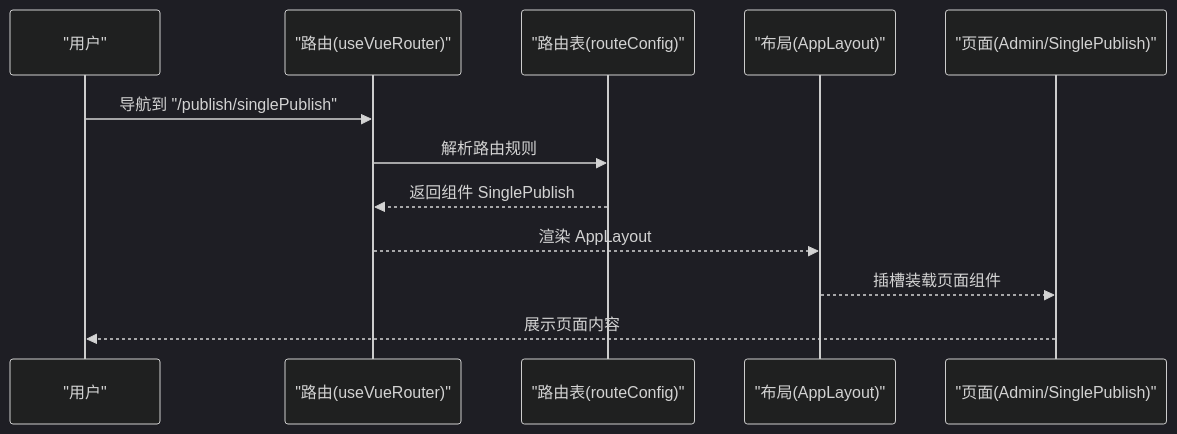
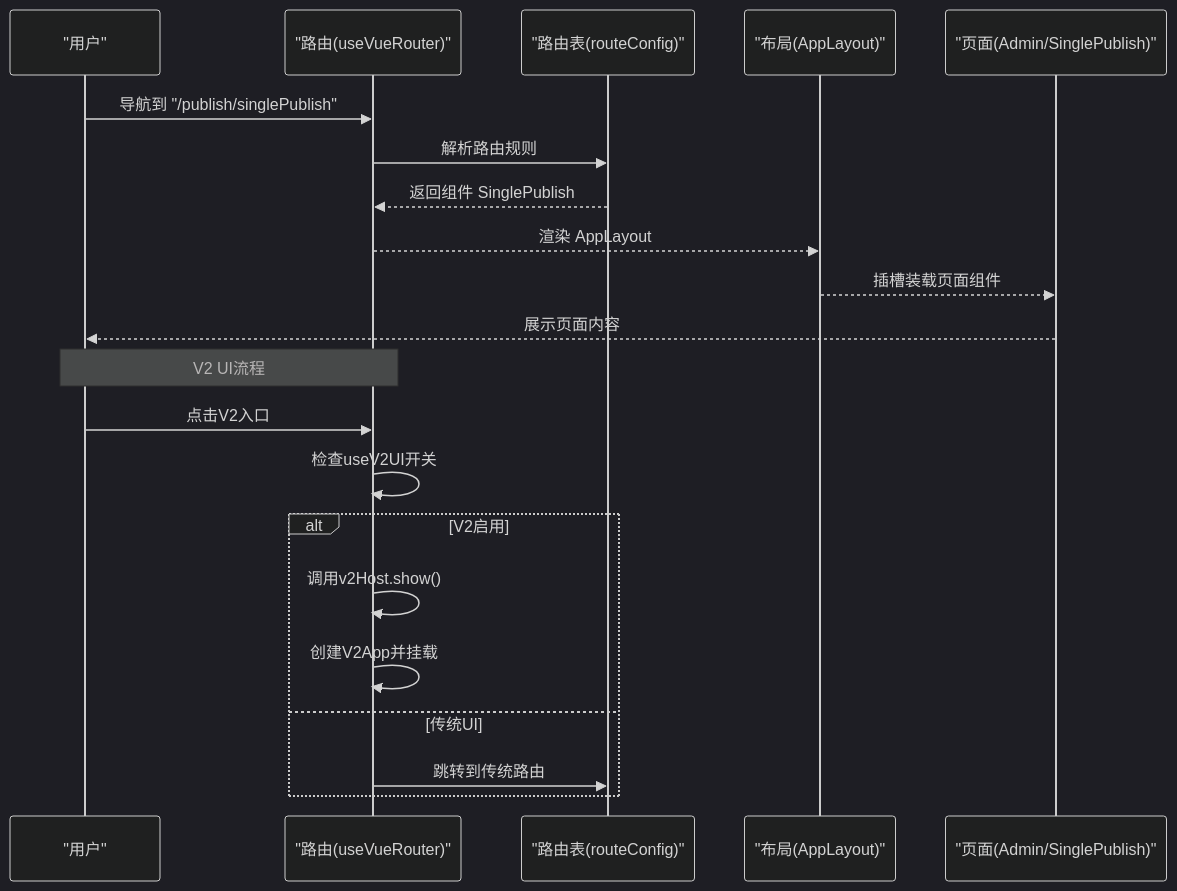
Before and after one commit to terwer/siyuan-plugin-publisher: the third of 8 diagrams in .qoder/repowiki/zh/content/核心架构/整体架构设计.md, drawn with Mermaid (dark theme). The commit also changed other lines of this file and 18 other files, not shown here.

First line of the commit message:
docs(core-architecture): add detailed Composition API design patterns document

````diff
--- a/.qoder/repowiki/zh/content/核心架构/整体架构设计.md
+++ b/.qoder/repowiki/zh/content/核心架构/整体架构设计.md
@@ -176,14 +259,23 @@
 ```mermaid
 sequenceDiagram
 participant U as "用户"
 participant R as "路由(useVueRouter)"
 participant RC as "路由表(routeConfig)"
 participant L as "布局(AppLayout)"
 participant P as "页面(Admin/SinglePublish)"
 U->>R : 导航到 "/publish/singlePublish"
 R->>RC : 解析路由规则
 RC-->>R : 返回组件 SinglePublish
 R-->>L : 渲染 AppLayout
 L-->>P : 插槽装载页面组件
 P-->>U : 展示页面内容
+Note over U,R : V2 UI流程
+U->>R : 点击V2入口
+R->>R : 检查useV2UI开关
+alt V2启用
+R->>R : 调用v2Host.show()
+R->>R : 创建V2App并挂载
+else 传统UI
+R->>RC : 跳转到传统路由
+end
 ```
````
